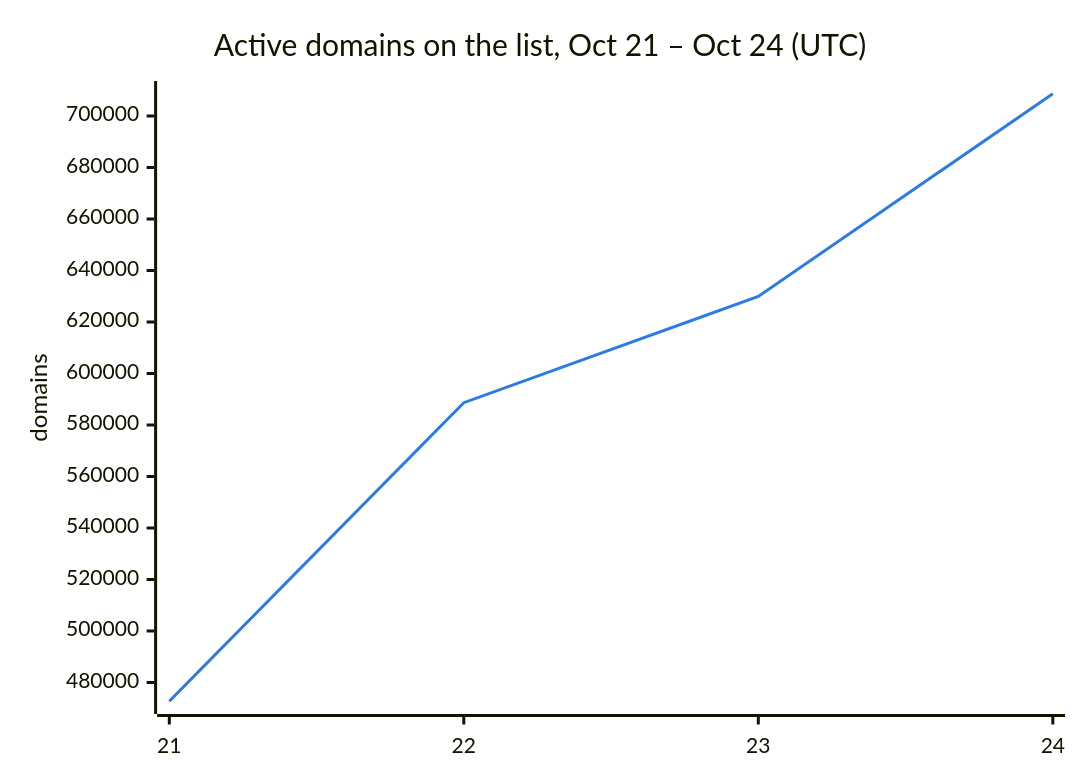
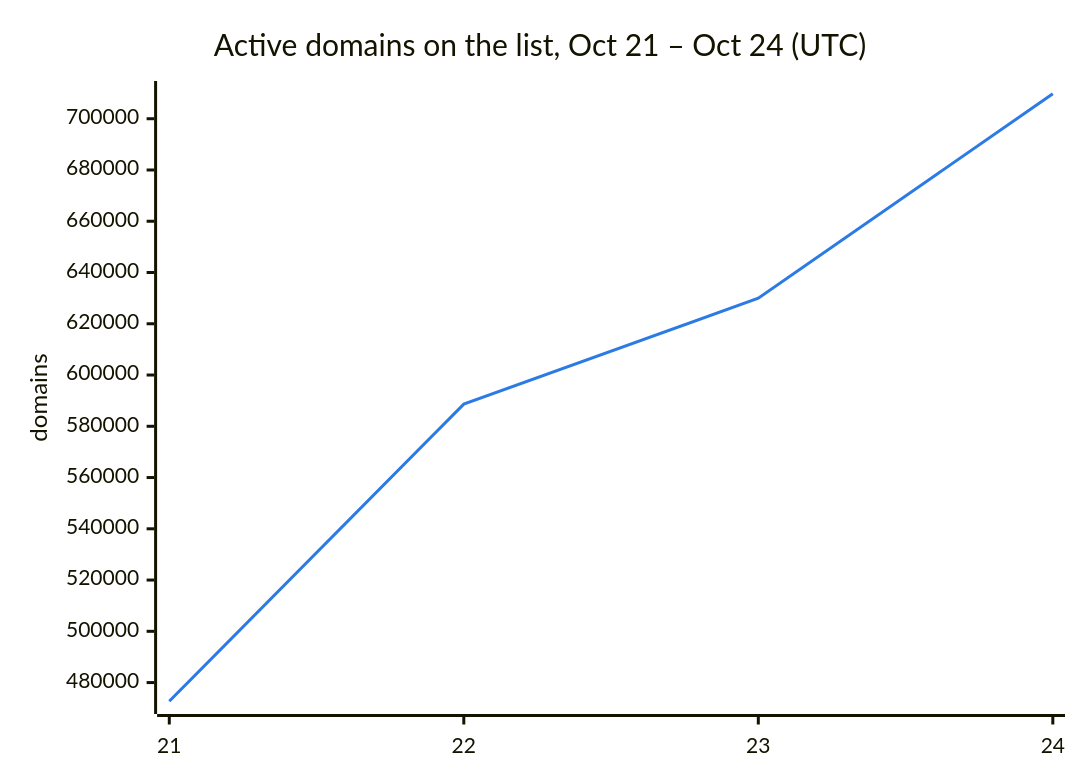
Before and after one commit to DNSBunker/CTI: the second of 3 diagrams in README.md, drawn with Mermaid. The commit also changed other lines of this file and 3 other files, not shown here.

````diff
--- a/README.md
+++ b/README.md
@@ -38,8 +38,8 @@
 ```mermaid
 %%{init: {"themeVariables": {"xyChart": {"plotColorPalette": "#2c7be5"}}}}%%
 xychart-beta
     title "Active domains on the list, Oct 21 – Oct 24 (UTC)"
     x-axis ["21", "22", "23", "24"]
     y-axis "domains"
-    line [472713, 588659, 629951, 708644]
+    line [472713, 588659, 629951, 709746]
 ```
````
